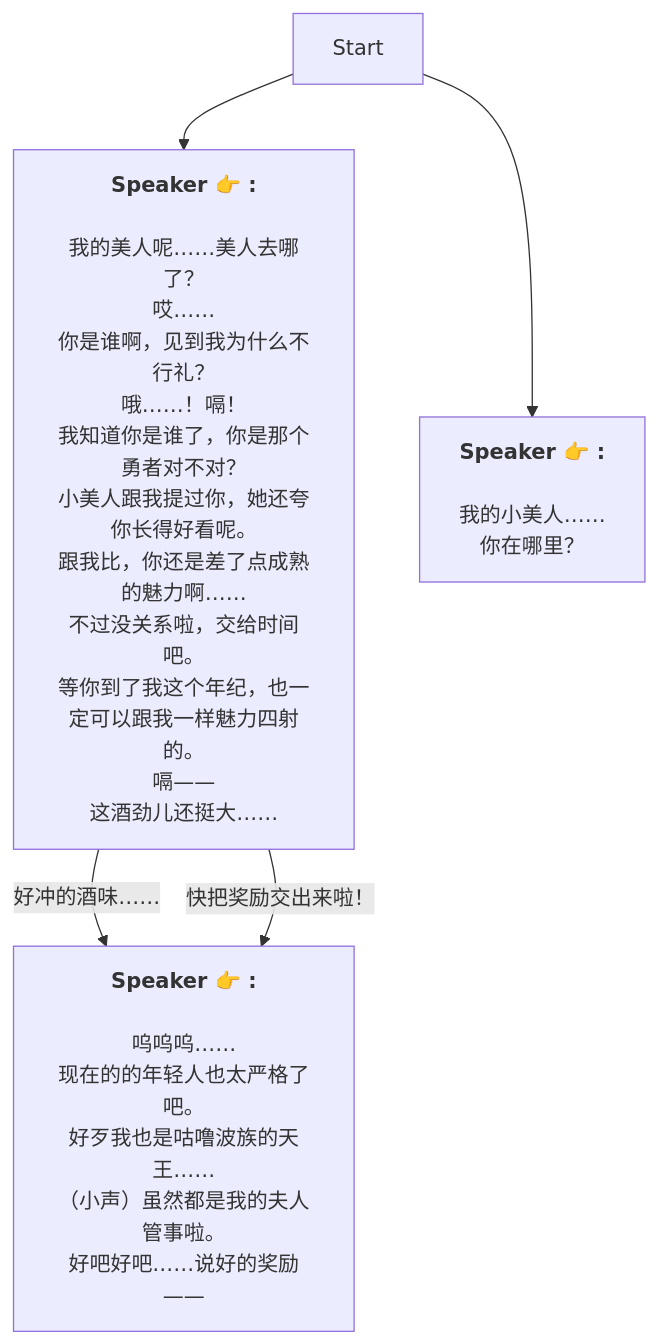
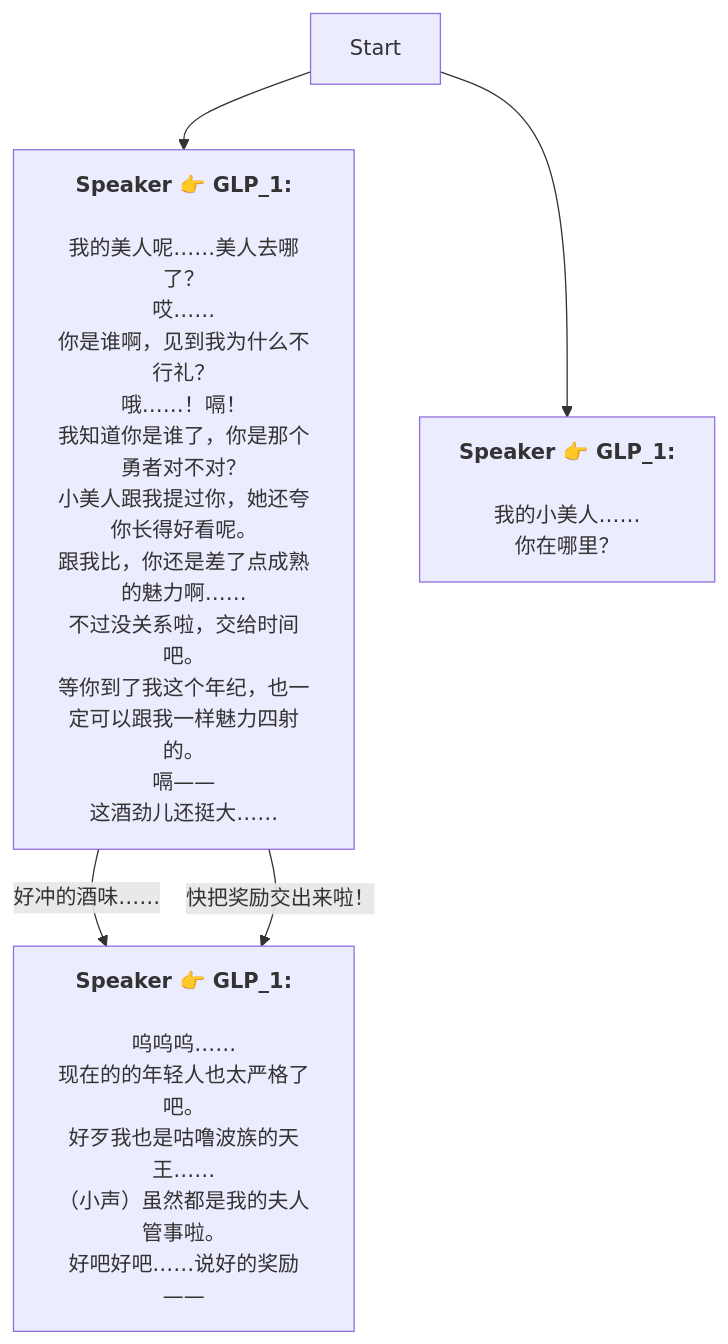
Before and after one commit to SoftHu/tos_avg: the diagram in Zh/GLP_5.md, drawn with Mermaid. The commit also changed 410 other files, not shown here.

````diff
--- a/Zh/GLP_5.md
+++ b/Zh/GLP_5.md
@@ -1,24 +1,24 @@
 ```mermaid
 graph
-Start -->1719171618303034[<b>Speaker 👉 :</b>
+Start -->1719171618303034[<b>Speaker 👉 GLP_1:</b>
 \n我的美人呢……美人去哪了？
 哎……
 你是谁啊，见到我为什么不行礼？\n哦……！嗝！
 我知道你是谁了，你是那个勇者对不对？\n小美人跟我提过你，她还夸你长得好看呢。
 跟我比，你还是差了点成熟的魅力啊……
 不过没关系啦，交给时间吧。\n等你到了我这个年纪，也一定可以跟我一样魅力四射的。
 嗝——
 这酒劲儿还挺大……]
-1719171618303034 -->|好冲的酒味……|1719172709664833[<b>Speaker 👉 :</b>
+1719171618303034 -->|好冲的酒味……|1719172709664833[<b>Speaker 👉 GLP_1:</b>
 \n呜呜呜……
 现在的的年轻人也太严格了吧。\n好歹我也是咕噜波族的天王……
 （小声）虽然都是我的夫人管事啦。\n好吧好吧……说好的奖励——]
-1719171618303034 -->|快把奖励交出来啦！|1719172709664833[<b>Speaker 👉 :</b>
+1719171618303034 -->|快把奖励交出来啦！|1719172709664833[<b>Speaker 👉 GLP_1:</b>
 \n呜呜呜……
 现在的的年轻人也太严格了吧。\n好歹我也是咕噜波族的天王……
 （小声）虽然都是我的夫人管事啦。\n好吧好吧……说好的奖励——]
-Start -->1724023987473463[<b>Speaker 👉 :</b>
+Start -->1724023987473463[<b>Speaker 👉 GLP_1:</b>
 \n我的小美人……
 你在哪里？]
 
 ```
````
